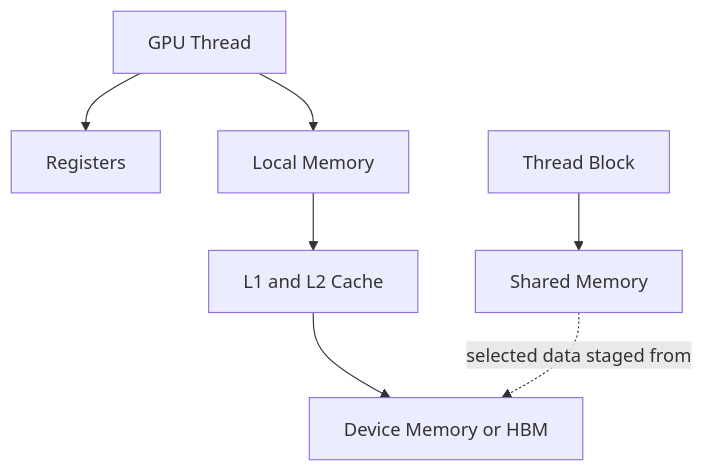
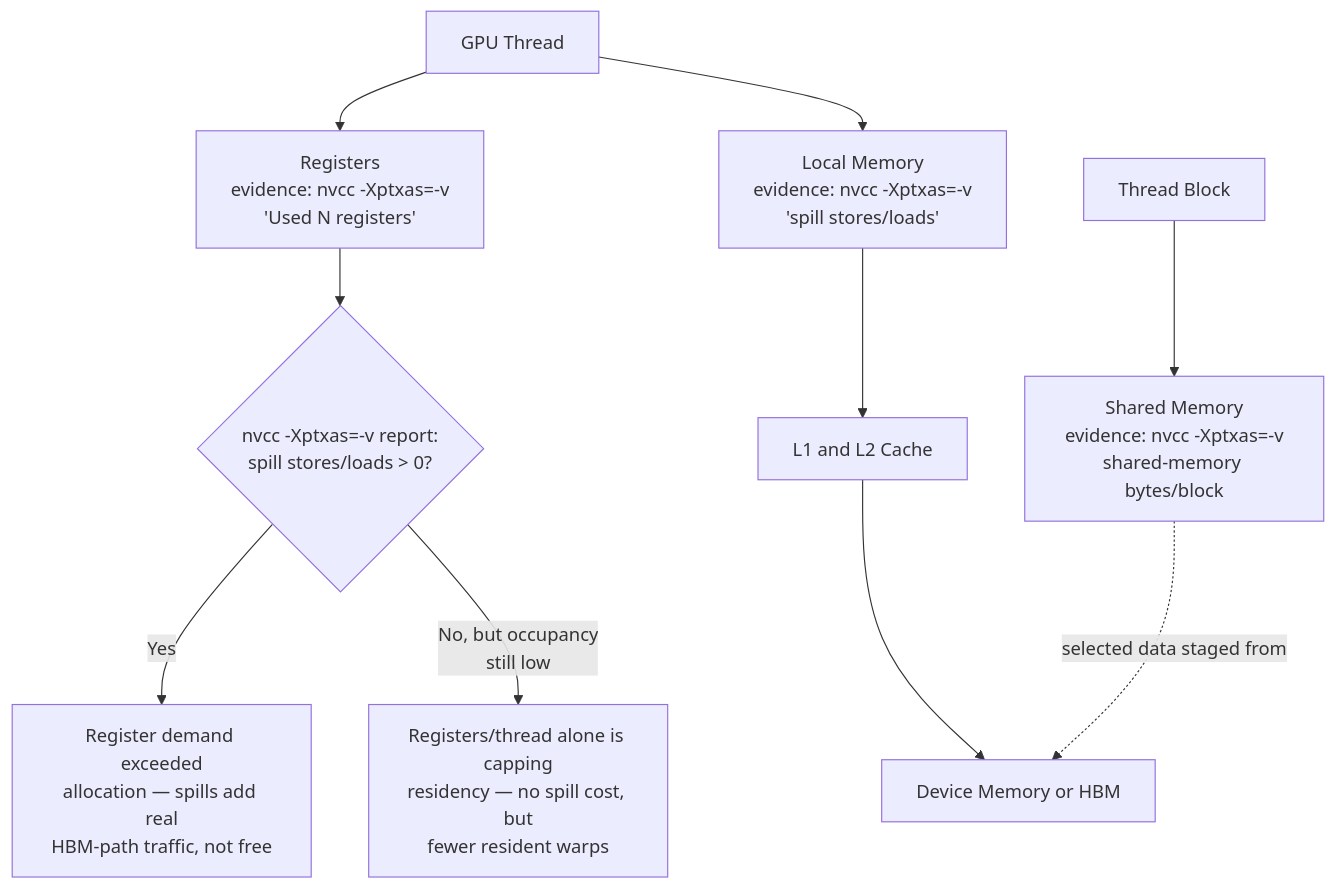
One commit to jithinpnjm/nvidia-devops changed the first of 3 diagrams in docs/nvidia-zero-to-hero/volume-02/chapter-07-registers-shared-memory-and-local-memory.md. Above: the diagram before and after it, drawn with Mermaid. The commit also changed other lines of this file and 1 other file, not shown here.

````diff
--- a/docs/nvidia-zero-to-hero/volume-02/chapter-07-registers-shared-memory-and-local-memory.md
+++ b/docs/nvidia-zero-to-hero/volume-02/chapter-07-registers-shared-memory-and-local-memory.md
@@ -49,16 +49,19 @@
 ```mermaid
 flowchart TD
     Thread[GPU Thread]
-    Registers[Registers]
-    Local[Local Memory]
+    Registers["Registers<br/>evidence: nvcc -Xptxas=-v<br/>'Used N registers'"]
+    Local["Local Memory<br/>evidence: nvcc -Xptxas=-v<br/>'spill stores/loads'"]
     Block[Thread Block]
-    Shared[Shared Memory]
+    Shared["Shared Memory<br/>evidence: nvcc -Xptxas=-v<br/>shared-memory bytes/block"]
     Cache[L1 and L2 Cache]
     HBM[Device Memory or HBM]
 
     Thread --> Registers
     Thread --> Local
     Block --> Shared
     Local --> Cache --> HBM
     Shared -. selected data staged from .-> HBM
+    Registers --> Q{"nvcc -Xptxas=-v report:<br/>spill stores/loads > 0?"}
+    Q -->|"Yes"| Spilling["Register demand exceeded<br/>allocation — spills add real<br/>HBM-path traffic, not free"]
+    Q -->|"No, but occupancy<br/>still low"| Bounded["Registers/thread alone is capping<br/>residency — no spill cost, but<br/>fewer resident warps"]
 ```
````
